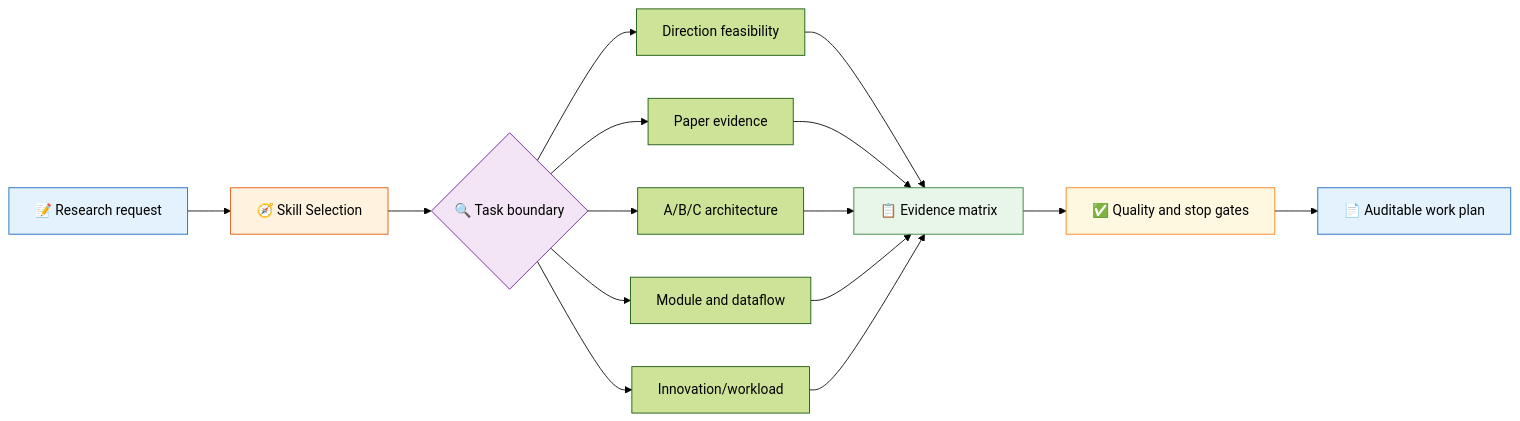
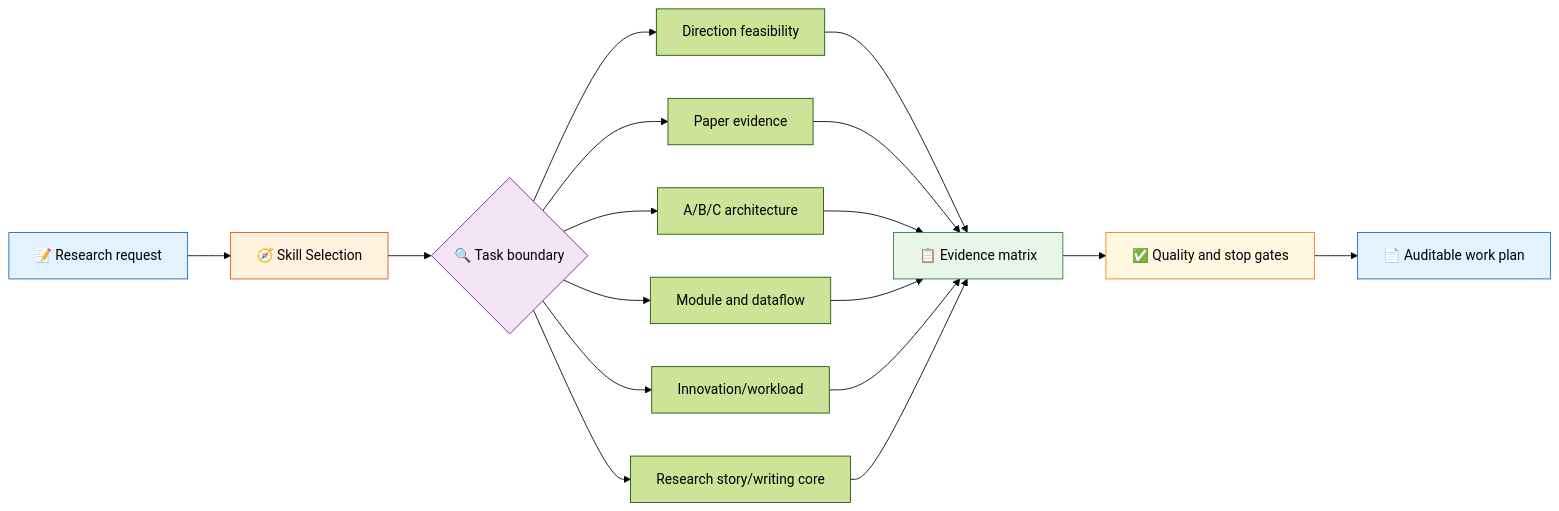
Before and after one commit to liang1228/academic-stitcher-skill: the diagram in README.en.md, drawn with Mermaid (forest theme). The commit also changed other lines of this file and 43 other files, not shown here.

Commit message:
Restore research-story core and add hybrid-paper route

````diff
--- a/README.en.md
+++ b/README.en.md
@@ -16,20 +16,21 @@
 ```mermaid
 flowchart LR
     A["📝 Research request"] --> B["🧭 Skill Selection"]
     B --> C{"🔍 Task boundary"}
     C --> D["Direction feasibility"]
     C --> E["Paper evidence"]
     C --> F["A/B/C architecture"]
     C --> G["Module and dataflow"]
     C --> H["Innovation/workload"]
-    D & E & F & G & H --> I["📋 Evidence matrix"]
+    C --> S["Research story/writing core"]
+    D & E & F & G & H & S --> I["📋 Evidence matrix"]
     I --> J["✅ Quality and stop gates"]
     J --> K["📄 Auditable work plan"]
 
     style A fill:#e3f2fd,stroke:#1565c0
     style B fill:#fff3e0,stroke:#e65100
     style C fill:#f3e5f5,stroke:#6a1b9a
     style I fill:#e8f5e9,stroke:#2e7d32
     style J fill:#fff8e1,stroke:#f57f17
     style K fill:#e3f2fd,stroke:#1565c0
 ```
````
